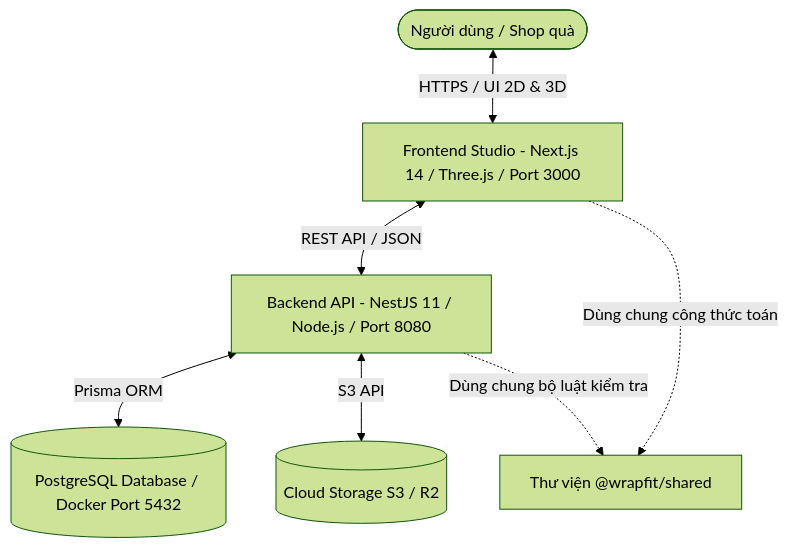
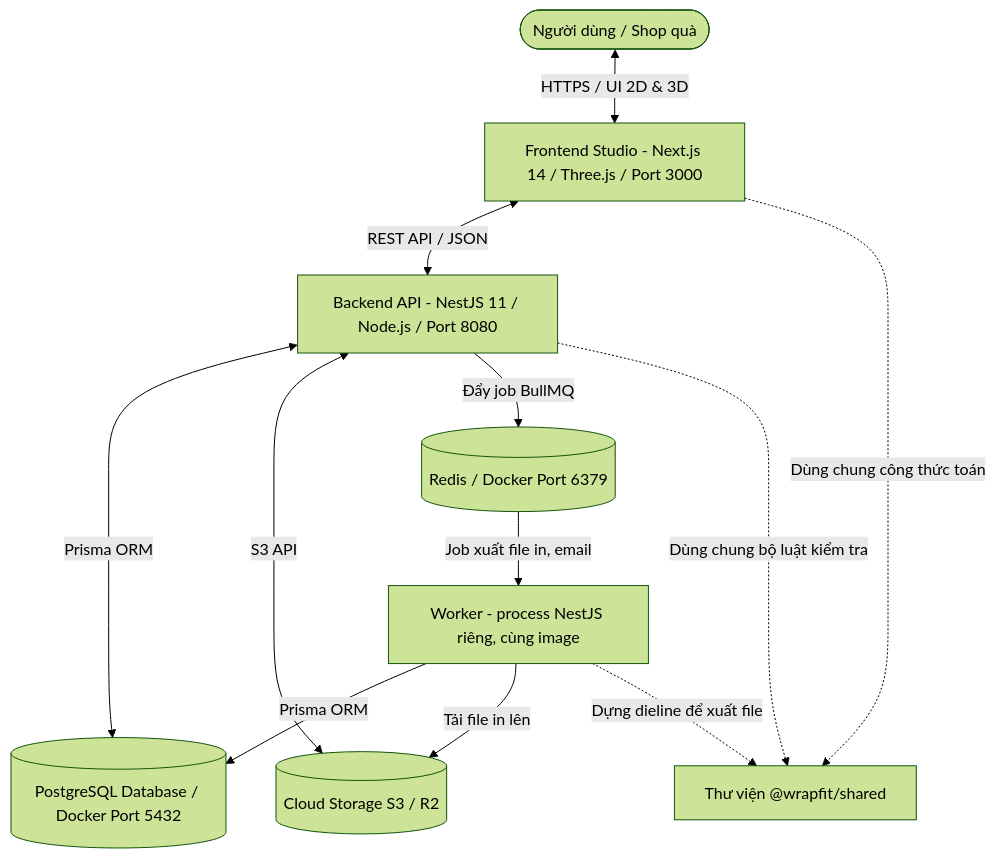
Before and after one commit to ptuoof/WrapFit: the diagram in docs/00_PROJECT_OVERVIEW.md, drawn with Mermaid (forest theme). The commit also changed 10 other files, not shown here.

````diff
--- a/docs/00_PROJECT_OVERVIEW.md
+++ b/docs/00_PROJECT_OVERVIEW.md
@@ -33,9 +33,14 @@
 ```mermaid
 graph TD
     User([Người dùng / Shop quà]) <-->|HTTPS / UI 2D & 3D| FE[Frontend Studio - Next.js 14 / Three.js / Port 3000]
     FE <-->|REST API / JSON| BE[Backend API - NestJS 11 / Node.js / Port 8080]
     BE <-->|Prisma ORM| DB[(PostgreSQL Database / Docker Port 5432)]
     BE <-->|S3 API| Storage[(Cloud Storage S3 / R2)]
+    BE -->|Đẩy job BullMQ| Redis[(Redis / Docker Port 6379)]
+    Redis -->|Job xuất file in, email| Worker[Worker - process NestJS riêng, cùng image]
+    Worker -->|Prisma ORM| DB
+    Worker -->|Tải file in lên| Storage
     FE -. Dùng chung công thức toán .-> Shared[Thư viện @wrapfit/shared]
     BE -. Dùng chung bộ luật kiểm tra .-> Shared
+    Worker -. Dựng dieline để xuất file .-> Shared
 ```
````
